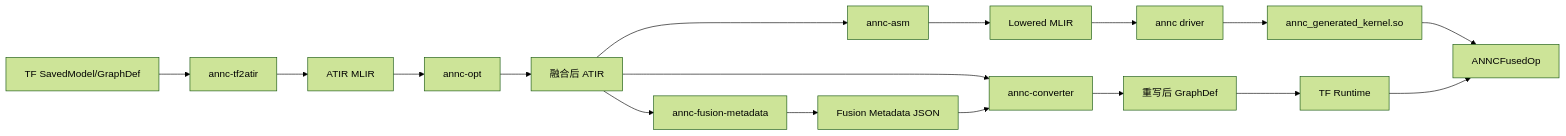
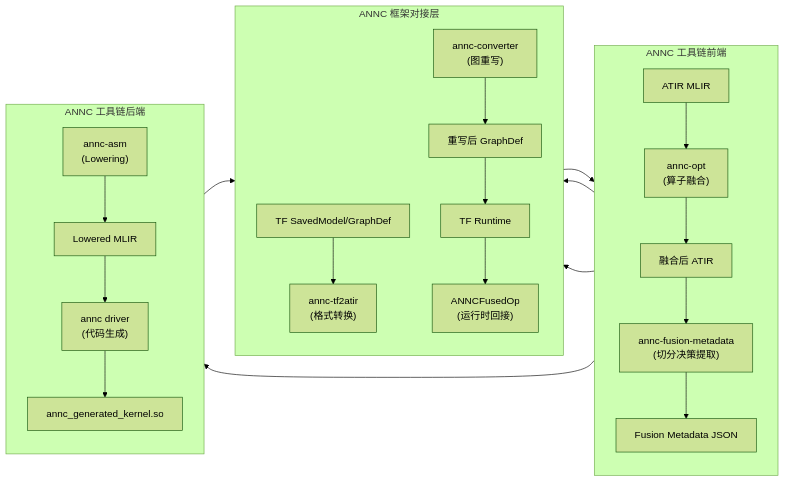
One commit to openeuler-mirror/ANNC changed the fifth of 7 diagrams in docs/annc-architecture-design.md. Above: the diagram before and after it, drawn with Mermaid (forest theme). The commit also changed other lines of this file, not shown here.

First line of the commit message:
docs(arch): refactor to three-layer architecture and update task assignment

````diff
--- a/docs/annc-architecture-design.md
+++ b/docs/annc-architecture-design.md
@@ -291,19 +279,46 @@
 ```mermaid
 flowchart LR
-    A["TF SavedModel/GraphDef"] --> B["annc-tf2atir"]
-    B --> C["ATIR MLIR"]
-    C --> D["annc-opt"]
-    D --> E["融合后 ATIR"]
-    E --> F["annc-fusion-metadata"]
-    F --> G["Fusion Metadata JSON"]
-    E --> H["annc-asm"]
-    H --> I["Lowered MLIR"]
-    I --> J["annc driver"]
-    J --> K["annc_generated_kernel.so"]
-    E --> L["annc-converter"]
+    subgraph Framework["ANNC 框架对接层"]
+        direction TB
+        A["TF SavedModel/GraphDef"]
+        B["annc-tf2atir<br/>(格式转换)"]
+        L["annc-converter<br/>(图重写)"]
+        M["重写后 GraphDef"]
+        N["ANNCFusedOp<br/>(运行时回接)"]
+        O["TF Runtime"]
+    end
+
+    subgraph Frontend["ANNC 工具链前端"]
+        direction TB
+        C["ATIR MLIR"]
+        D["annc-opt<br/>(算子融合)"]
+        E["融合后 ATIR"]
+        F["annc-fusion-metadata<br/>(切分决策提取)"]
+        G["Fusion Metadata JSON"]
+    end
+
+    subgraph Backend["ANNC 工具链后端"]
+        direction TB
+        H["annc-asm<br/>(Lowering)"]
+        I["Lowered MLIR"]
+        J["annc driver<br/>(代码生成)"]
+        K["annc_generated_kernel.so"]
+    end
+
+    A --> B
+    B --> C
+    C --> D
+    D --> E
+    E --> F
+    F --> G
+    E --> H
+    H --> I
+    I --> J
+    J --> K
+    E --> L
     G --> L
-    L --> M["重写后 GraphDef"]
-    K --> N["ANNCFusedOp"]
-    M --> O["TF Runtime"]
+    L --> M
+    K --> N
+    M --> O
     O --> N
 ```
````
